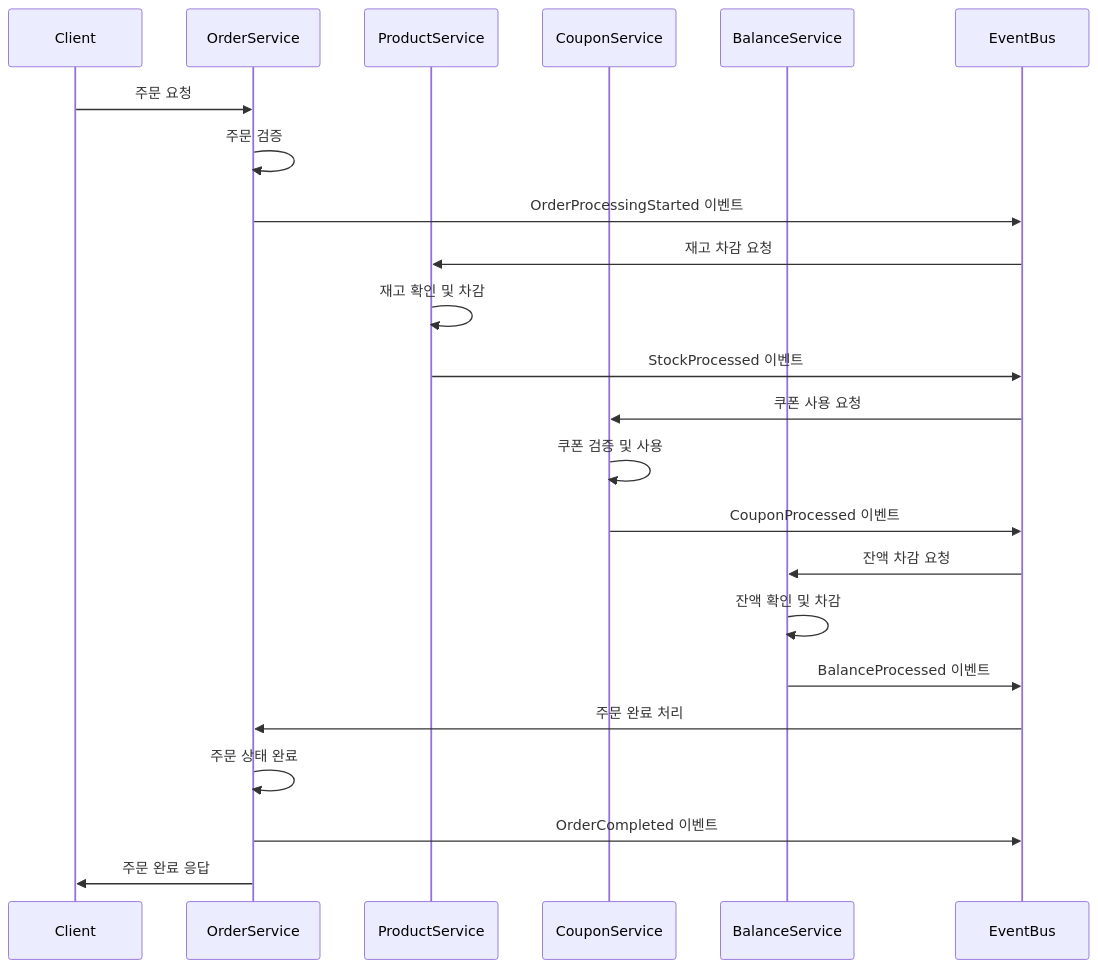
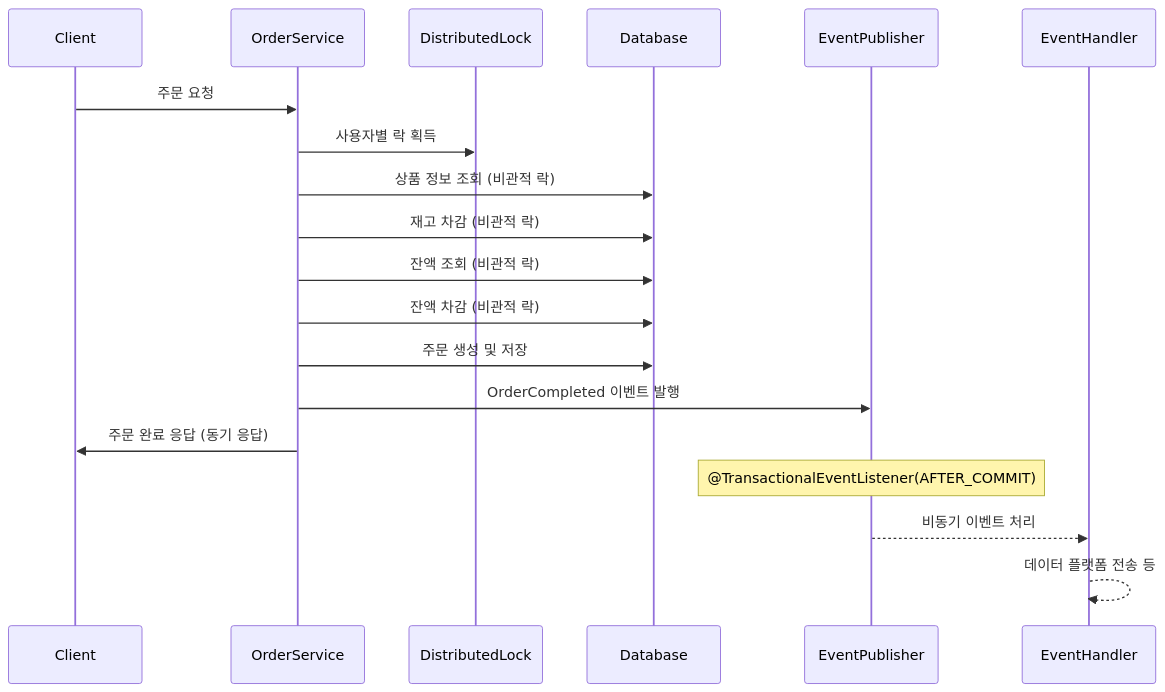
One commit to yuni02/hhplus-ecommerce changed the second of 8 diagrams in docs/DISTRIBUTED_TRANSACTION_DESIGN.md. Above: the diagram before and after it, drawn with Mermaid. The commit also changed other lines of this file, not shown here.

````diff
--- a/docs/DISTRIBUTED_TRANSACTION_DESIGN.md
+++ b/docs/DISTRIBUTED_TRANSACTION_DESIGN.md
@@ -79,30 +90,25 @@
 ```mermaid
 sequenceDiagram
     participant Client
     participant OrderService
-    participant ProductService
-    participant CouponService
-    participant BalanceService
-    participant EventBus
+    participant DistributedLock
+    participant Database
+    participant EventPublisher
+    participant EventHandler
     
     Client->>OrderService: 주문 요청
-    OrderService->>OrderService: 주문 검증
-    OrderService->>EventBus: OrderProcessingStarted 이벤트
+    OrderService->>DistributedLock: 사용자별 락 획득
     
-    EventBus->>ProductService: 재고 차감 요청
-    ProductService->>ProductService: 재고 확인 및 차감
-    ProductService->>EventBus: StockProcessed 이벤트
+    OrderService->>Database: 상품 정보 조회 (비관적 락)
+    OrderService->>Database: 재고 차감 (비관적 락)
+    OrderService->>Database: 잔액 조회 (비관적 락)
+    OrderService->>Database: 잔액 차감 (비관적 락)
+    OrderService->>Database: 주문 생성 및 저장
     
-    EventBus->>CouponService: 쿠폰 사용 요청
-    CouponService->>CouponService: 쿠폰 검증 및 사용
-    CouponService->>EventBus: CouponProcessed 이벤트
+    OrderService->>EventPublisher: OrderCompleted 이벤트 발행
+    OrderService->>Client: 주문 완료 응답 (동기 응답)
     
-    EventBus->>BalanceService: 잔액 차감 요청
-    BalanceService->>BalanceService: 잔액 확인 및 차감
-    BalanceService->>EventBus: BalanceProcessed 이벤트
-    
-    EventBus->>OrderService: 주문 완료 처리
-    OrderService->>OrderService: 주문 상태 완료
-    OrderService->>EventBus: OrderCompleted 이벤트
-    OrderService->>Client: 주문 완료 응답
+    Note over EventPublisher: @TransactionalEventListener(AFTER_COMMIT)
+    EventPublisher-->>EventHandler: 비동기 이벤트 처리
+    EventHandler-->>EventHandler: 데이터 플랫폼 전송 등
 ```
````
